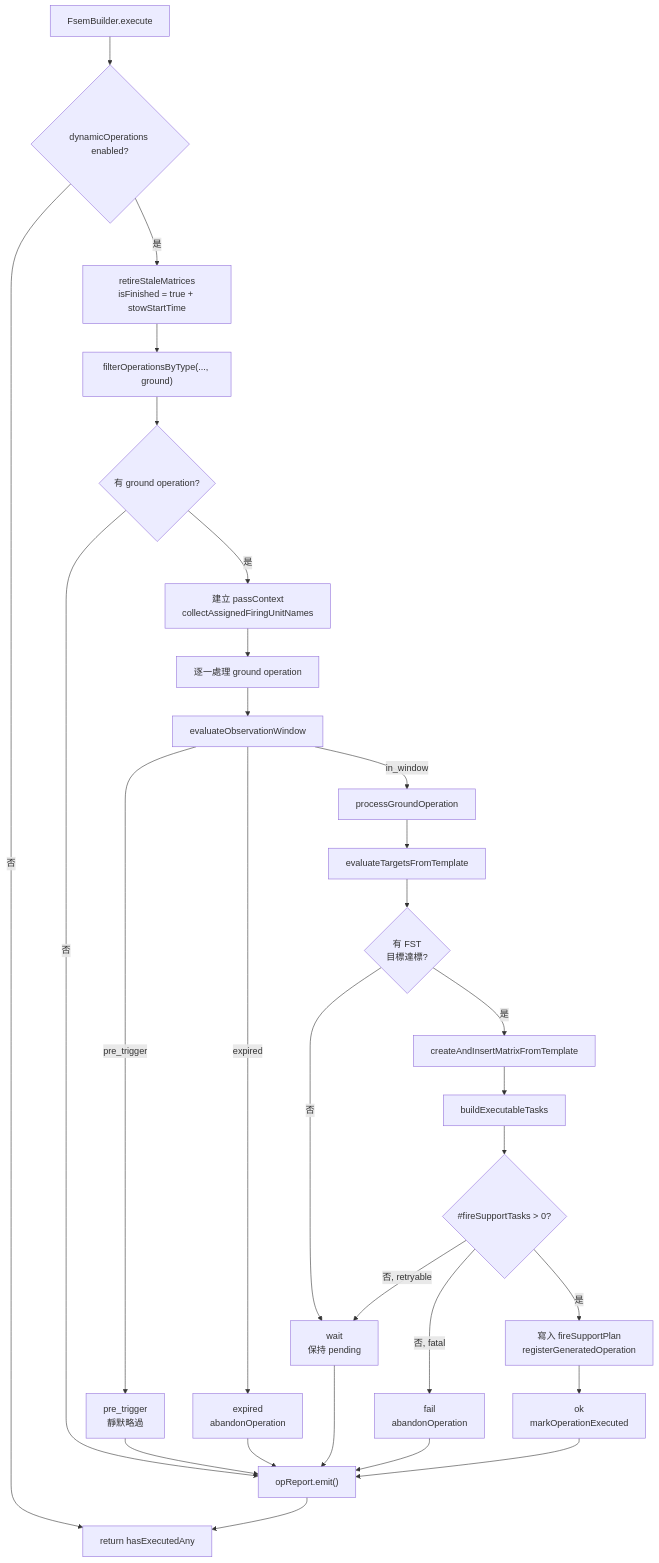
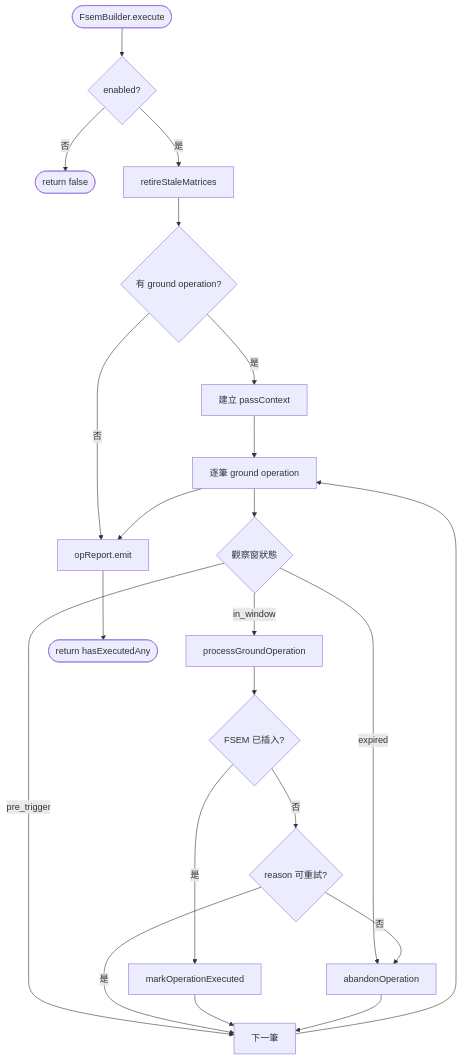
Before and after one commit to pullupjumper/formosa-in-flames: the diagram in docs/strikePlanner/fsemBuilder.md, drawn with Mermaid. The commit also changed other lines of this file, not shown here.

First line of the commit message:
docs(strikePlanner/fsemBuilder): restructure around design rationale

````diff
--- a/docs/strikePlanner/fsemBuilder.md
+++ b/docs/strikePlanner/fsemBuilder.md
@@ -159,43 +23,41 @@
 ```mermaid
 flowchart TD
-    ENTRY["FsemBuilder.execute"]
-    ENABLED{"dynamicOperations enabled?"}
-    RETIRE["retireStaleMatrices<br>isFinished = true + stowStartTime"]
-    FILTER["filterOperationsByType(..., ground)"]
-    HAS_OP{"有 ground operation?"}
-    SEED["建立 passContext<br>collectAssignedFiringUnitNames"]
-    LOOP["逐一處理 ground operation"]
-    WINDOW["evaluateObservationWindow"]
-    PRE["pre_trigger<br>靜默略過"]
-    EXPIRED["expired<br>abandonOperation"]
+    ENTRY(["FsemBuilder.execute"])
+    ENABLED{"enabled?"}
+    OFF(["return false"])
+    RETIRE["retireStaleMatrices"]
+    HASOP{"有 ground operation?"}
+    SEED["建立 passContext"]
+    LOOP["逐筆 ground operation"]
+    WINDOW{"觀察窗狀態"}
     PROCESS["processGroundOperation"]
-    TARGETS["evaluateTargetsFromTemplate"]
-    TARGET_OK{"有 FST<br>目標達標?"}
-    CREATE["createAndInsertMatrixFromTemplate"]
-    BUILD["buildExecutableTasks"]
-    TASK_OK{"#fireSupportTasks > 0?"}
-    INSERT["寫入 fireSupportPlan<br>registerGeneratedOperation"]
-    OK["ok<br>markOperationExecuted"]
-    WAIT["wait<br>保持 pending"]
-    FAIL["fail<br>abandonOperation"]
-    LOG["opReport.emit()"]
-    RETURN["return hasExecutedAny"]
+    INSERTED{"FSEM 已插入?"}
+    EXEC["markOperationExecuted"]
+    RETRYABLE{"reason 可重試?"}
+    ABANDON["abandonOperation"]
+    NEXT["下一筆"]
+    EMIT["opReport.emit"]
+    DONE(["return hasExecutedAny"])
 
     ENTRY --> ENABLED
-    ENABLED -->|否| RETURN
-    ENABLED -->|是| RETIRE --> FILTER --> HAS_OP
-    HAS_OP -->|否| LOG
-    HAS_OP -->|是| SEED --> LOOP --> WINDOW
-    WINDOW -->|pre_trigger| PRE --> LOG
-    WINDOW -->|expired| EXPIRED --> LOG
-    WINDOW -->|in_window| PROCESS --> TARGETS --> TARGET_OK
-    TARGET_OK -->|否| WAIT
-    TARGET_OK -->|是| CREATE --> BUILD --> TASK_OK
-    TASK_OK -->|否, retryable| WAIT
-    TASK_OK -->|否, fatal| FAIL
-    TASK_OK -->|是| INSERT --> OK
-    OK --> LOG
-    WAIT --> LOG
-    FAIL --> LOG
-    LOG --> RETURN
+    ENABLED -->|否| OFF
+    ENABLED -->|是| RETIRE
+    RETIRE --> HASOP
+    HASOP -->|否| EMIT
+    HASOP -->|是| SEED
+    SEED --> LOOP
+    LOOP --> WINDOW
+    WINDOW -->|pre_trigger| NEXT
+    WINDOW -->|expired| ABANDON
+    WINDOW -->|in_window| PROCESS
+    PROCESS --> INSERTED
+    INSERTED -->|是| EXEC
+    INSERTED -->|否| RETRYABLE
+    RETRYABLE -->|是| NEXT
+    RETRYABLE -->|否| ABANDON
+    EXEC --> NEXT
+    ABANDON --> NEXT
+    NEXT --> LOOP
+    LOOP --> EMIT
+    EMIT --> DONE
 ```
````
